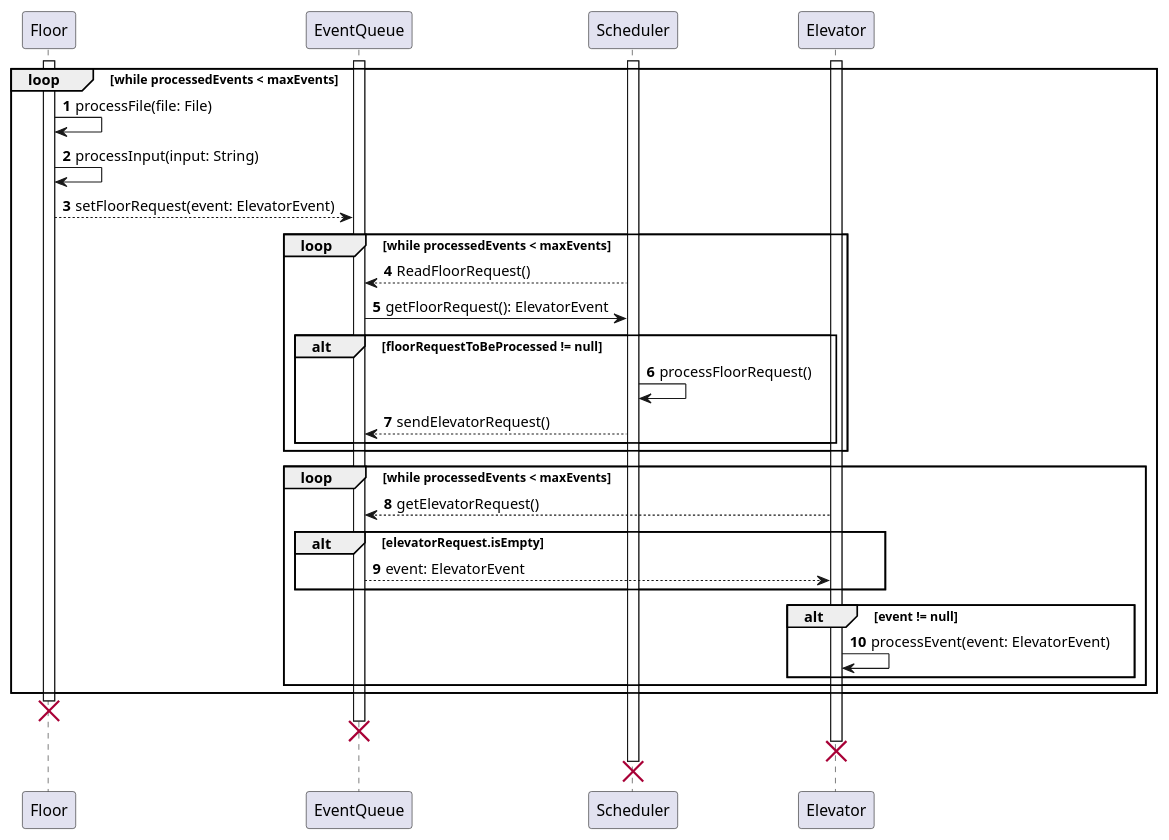
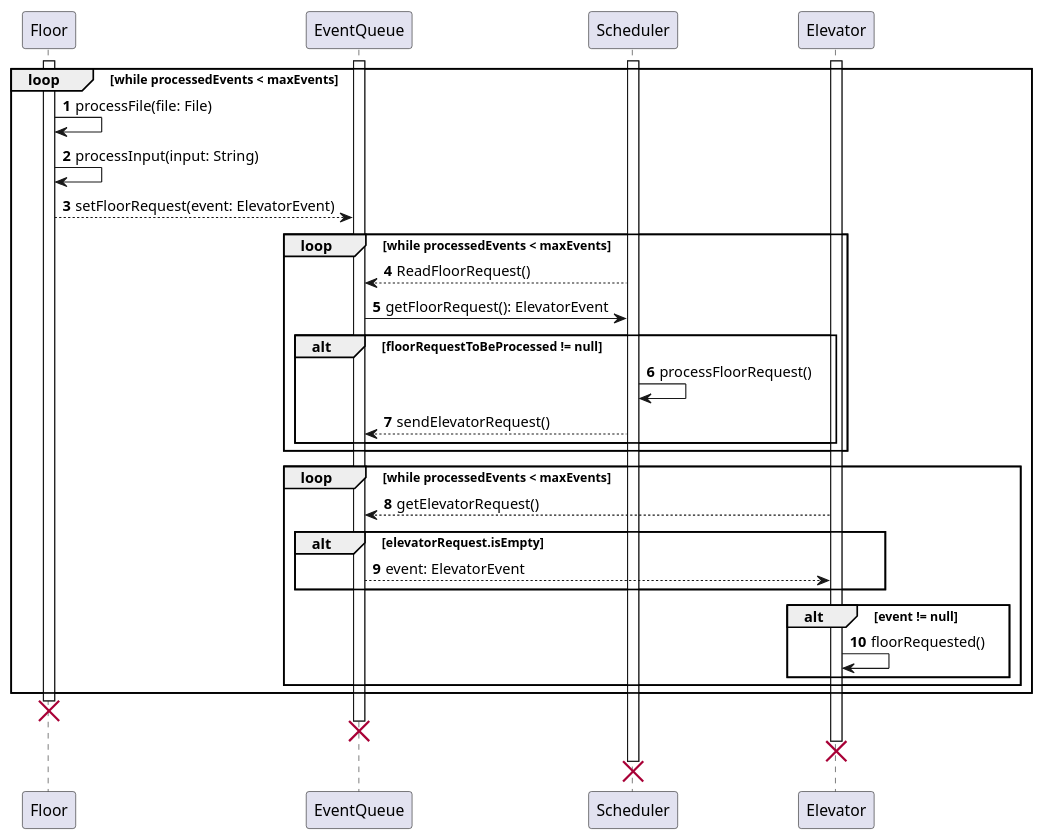
The diagram in SequenceDiagram.puml (Sgt-Roukoz/SYSC3303-Project), drawn with PlantUML before and after one commit. The commit also changed 1 other file, not shown here.

Commit message:
Changed method name in sequence diagram, begun editing class diagram

```diff
--- a/SequenceDiagram.puml
+++ b/SequenceDiagram.puml
@@ -1,39 +1,39 @@
 @startuml
 'https://plantuml.com/sequence-diagram
 
 autonumber
 
 activate Floor
 activate EventQueue
 activate Scheduler
 activate Elevator
 loop while processedEvents < maxEvents
     Floor -> Floor: processFile(file: File)
     Floor -> Floor: processInput(input: String)
     Floor --> EventQueue: setFloorRequest(event: ElevatorEvent)
 
     loop while processedEvents < maxEvents
         Scheduler --> EventQueue: ReadFloorRequest()
         EventQueue -> Scheduler: getFloorRequest(): ElevatorEvent
         alt floorRequestToBeProcessed != null
             Scheduler -> Scheduler: processFloorRequest()
             Scheduler --> EventQueue: sendElevatorRequest()
         end
     end
 
     loop while processedEvents < maxEvents
         Elevator --> EventQueue: getElevatorRequest()
         alt elevatorRequest.isEmpty
             EventQueue --> Elevator: event: ElevatorEvent
         end
         alt event != null
-            Elevator -> Elevator: processEvent(event: ElevatorEvent)
+            Elevator -> Elevator: floorRequested()
         end
     end
 end
 
 destroy Floor
 destroy EventQueue
 destroy Elevator
 destroy Scheduler
 @enduml
```
